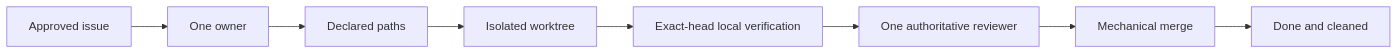
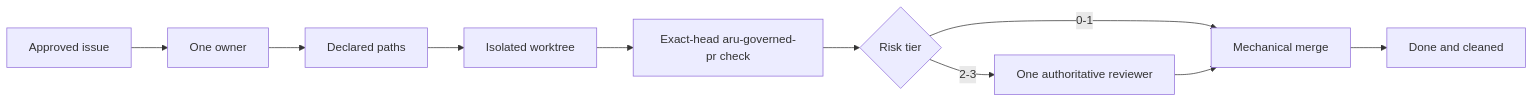
One commit to gillella/Aru_Agentic_SDLC changed the first of 5 diagrams in docs/OPERATIONS.md. Above: the diagram before and after it, drawn with Mermaid. The commit also changed other lines of this file and 60 other files, not shown here.

````diff
--- a/docs/OPERATIONS.md
+++ b/docs/OPERATIONS.md
@@ -42,10 +42,12 @@
 ```mermaid
 flowchart LR
     APPROVED[Approved issue] --> OWNED[One owner]
     OWNED --> BOUNDED[Declared paths]
     BOUNDED --> ISOLATED[Isolated worktree]
-    ISOLATED --> VERIFIED[Exact-head local verification]
-    VERIFIED --> REVIEWED[One authoritative reviewer]
-    REVIEWED --> MERGED[Mechanical merge]
+    ISOLATED --> VERIFIED[Exact-head aru-governed-pr check]
+    VERIFIED --> RISK{Risk tier}
+    RISK -->|0-1| MERGED[Mechanical merge]
+    RISK -->|2-3| REVIEWED[One authoritative reviewer]
+    REVIEWED --> MERGED
     MERGED --> CLOSED[Done and cleaned]
 ```
````
